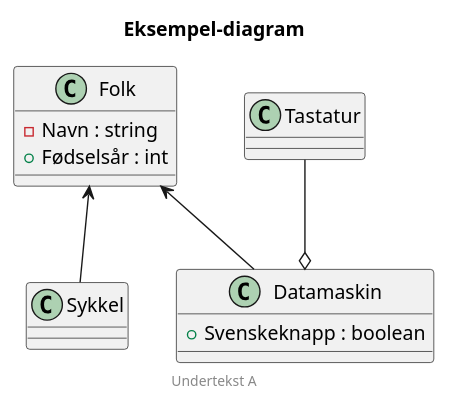
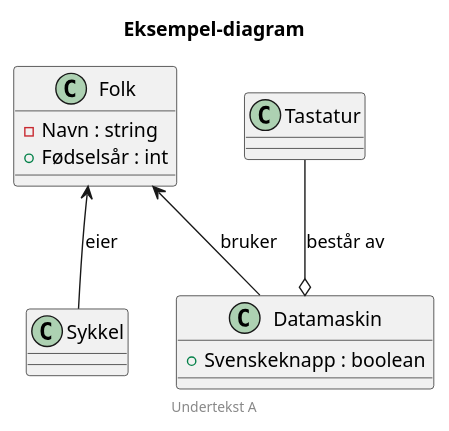
The diagram in mal/input/images/test.puml (HL7Norway/ig-mal), drawn with PlantUML before and after one commit.

Commit message:
Bedre dokumentasjon StartUML-eksempel

```diff
--- a/mal/input/images/test.puml
+++ b/mal/input/images/test.puml
@@ -1,20 +1,23 @@
 @startuml
 
+' Tittel og bunntekst for diagrammet
 title Eksempel-diagram
 footer Undertekst A
 
+' Klassedefinisjoner med attributter
 class Folk {
     -Navn : string
     +Fødselsår : int
 }
 class Sykkel
 class Tastatur
 class Datamaskin {
     +Svenskeknapp : boolean
-} 
+}
 
-Folk <-- Datamaskin
-Folk <-- Sykkel
-Tastatur --o Datamaskin
+' Relasjoner mellom klasser
+Folk <-- Datamaskin : bruker
+Folk <-- Sykkel : eier
+Tastatur --o Datamaskin : består av
 
 @enduml
```
